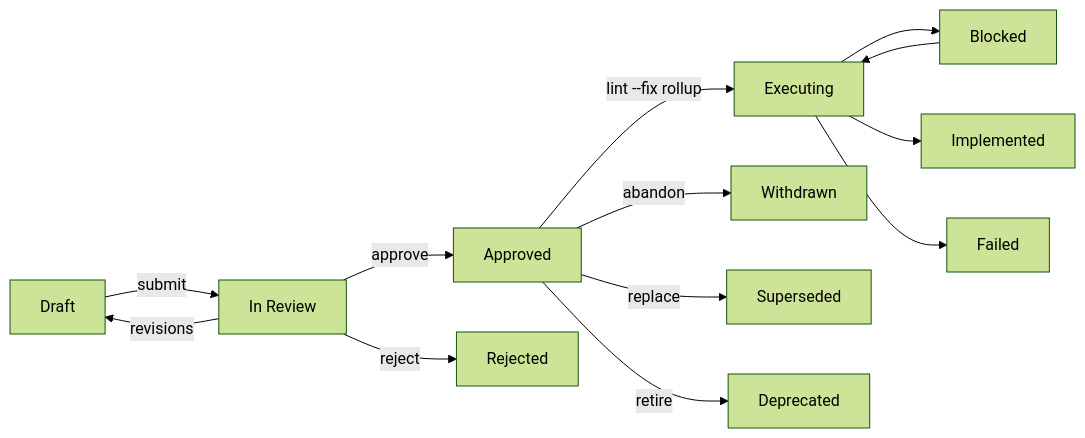
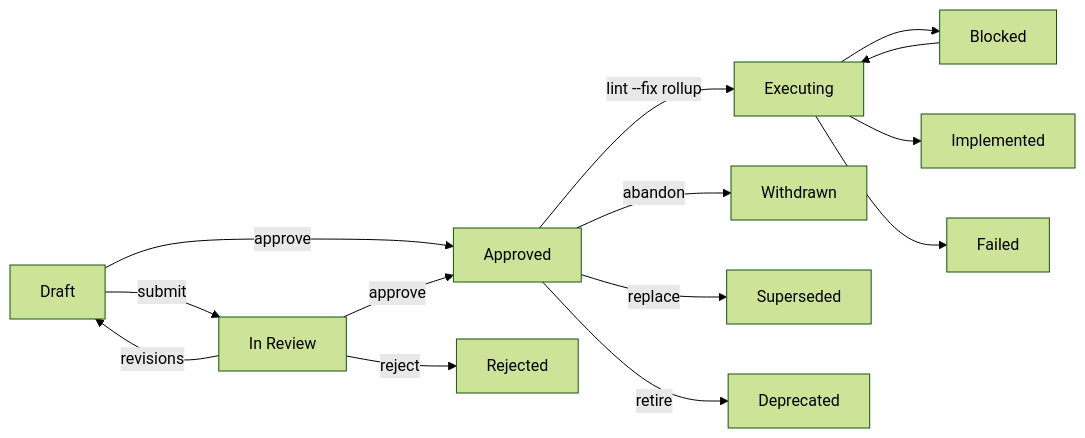
Before and after one commit to specscore/specscore: the second of 5 diagrams in spec/features/plan/README.md, drawn with Mermaid (forest theme). The commit also changed other lines of this file, not shown here.

````diff
--- a/spec/features/plan/README.md
+++ b/spec/features/plan/README.md
@@ -224,27 +224,28 @@
 ```mermaid
 graph LR
     A["Draft"]
     B["In Review"]
     C["Approved"]
     E["Executing"]
     K["Blocked"]
     I["Implemented"]
     F["Failed"]
     R["Rejected"]
     W["Withdrawn"]
     S["Superseded"]
     D["Deprecated"]
 
     A -->|submit| B
+    A -->|approve| C
     B -->|revisions| A
     B -->|approve| C
     B -->|reject| R
     C -->|lint --fix rollup| E
     E --> K
     E --> I
     E --> F
     K --> E
     C -->|abandon| W
     C -->|replace| S
     C -->|retire| D
 ```
````
